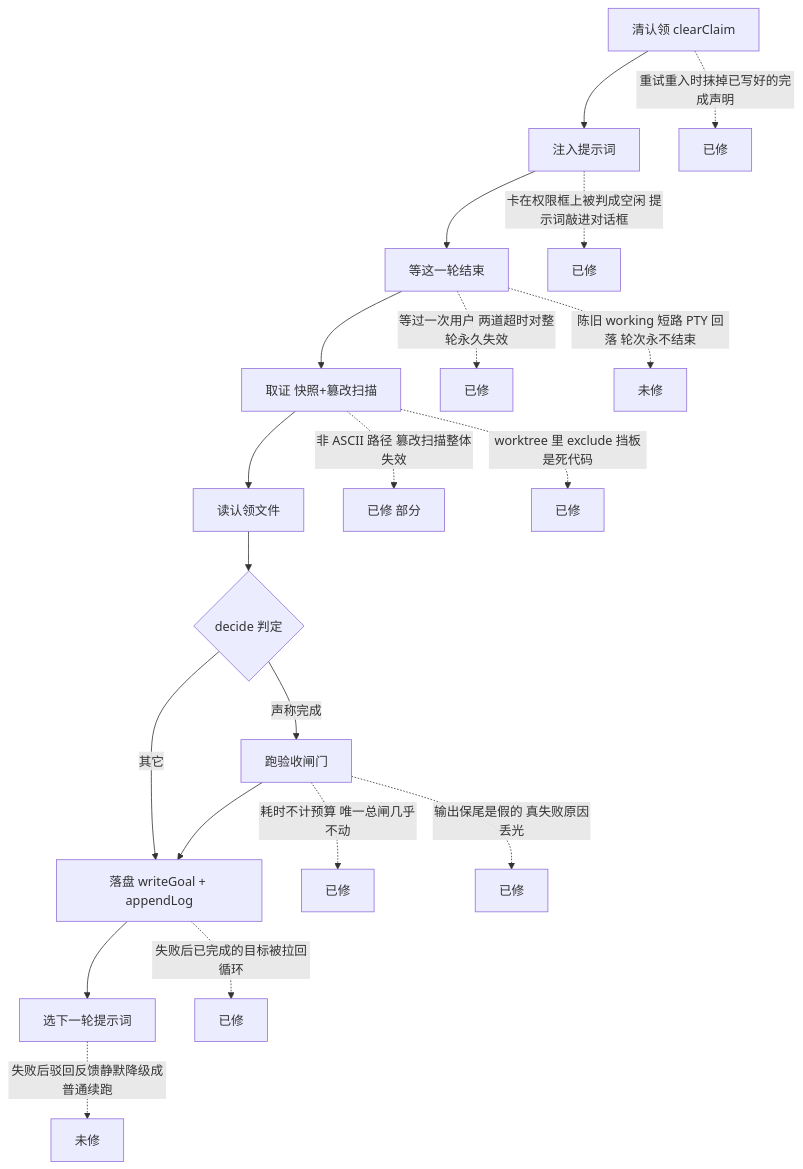
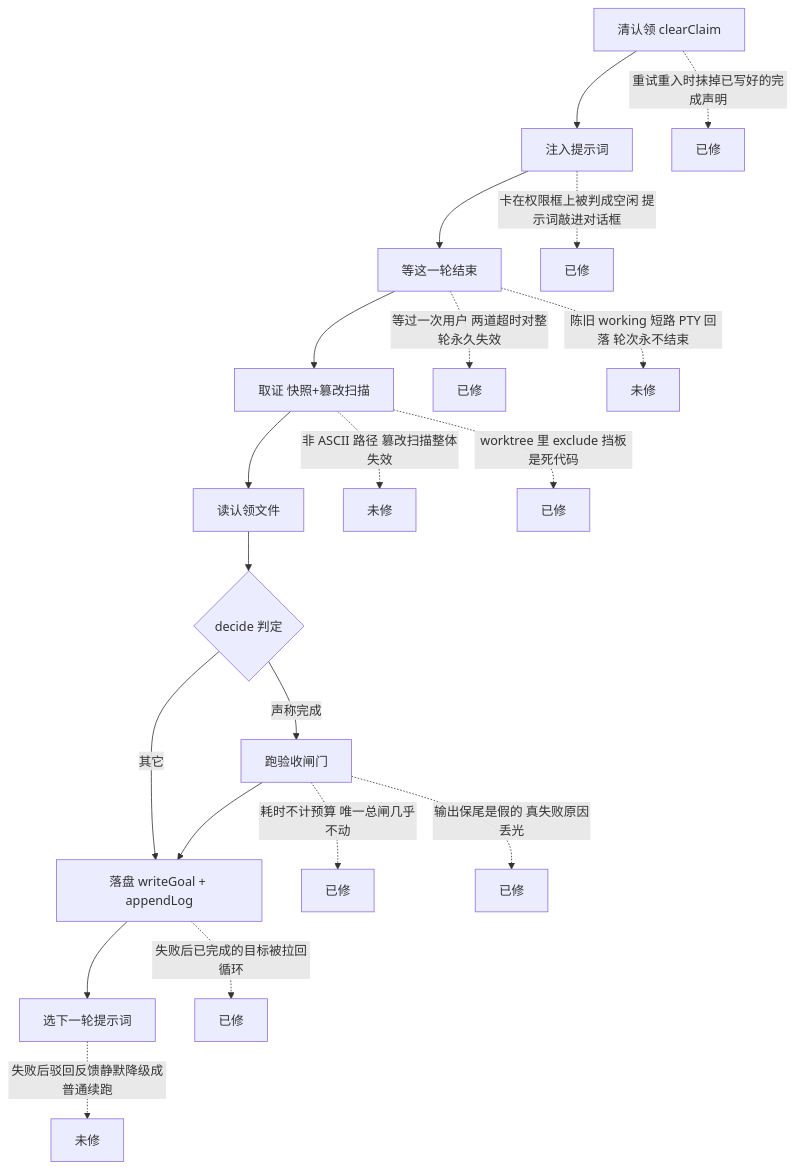
The diagram in goal-mode/docs/40-评审结论-2026-08-15.md (Fartown/orca), drawn with Mermaid before and after one commit. The commit also changed other lines of this file, not shown here.

Commit message:
docs(goal-mode): correct two inaccuracies in the review write-up
The diagram marked the non-ASCII tamper-scan failure as partly fixed while the
table below listed it as outstanding -- nothing was done about it, and the
diagram was the wrong one. Also adds the resume-does-not-reset-baseline finding,
which the architecture pass reported and I left out of the table entirely.

````diff
--- a/goal-mode/docs/40-评审结论-2026-08-15.md
+++ b/goal-mode/docs/40-评审结论-2026-08-15.md
@@ -12,23 +12,23 @@
 ```mermaid
 flowchart TD
     A[清认领 clearClaim] --> B[注入提示词]
     B --> C[等这一轮结束]
     C --> D[取证 快照+篡改扫描]
     D --> E[读认领文件]
     E --> F{decide 判定}
     F -->|声称完成| G[跑验收闸门]
     G --> H[落盘 writeGoal + appendLog]
     F -->|其它| H
     H --> I[选下一轮提示词]
 
     A -.->|重试重入时抹掉已写好的完成声明| X1[已修]
     B -.->|卡在权限框上被判成空闲 提示词敲进对话框| X2[已修]
     C -.->|等过一次用户 两道超时对整轮永久失效| X3[已修]
     C -.->|陈旧 working 短路 PTY 回落 轮次永不结束| X4[未修]
-    D -.->|非 ASCII 路径 篡改扫描整体失效| X5[已修 部分]
+    D -.->|非 ASCII 路径 篡改扫描整体失效| X5[未修]
     D -.->|worktree 里 exclude 挡板是死代码| X6[已修]
     G -.->|耗时不计预算 唯一总闸几乎不动| X7[已修]
     G -.->|输出保尾是假的 真失败原因丢光| X8[已修]
     H -.->|失败后已完成的目标被拉回循环| X9[已修]
     I -.->|失败后驳回反馈静默降级成普通续跑| X10[未修]
 ```
````
